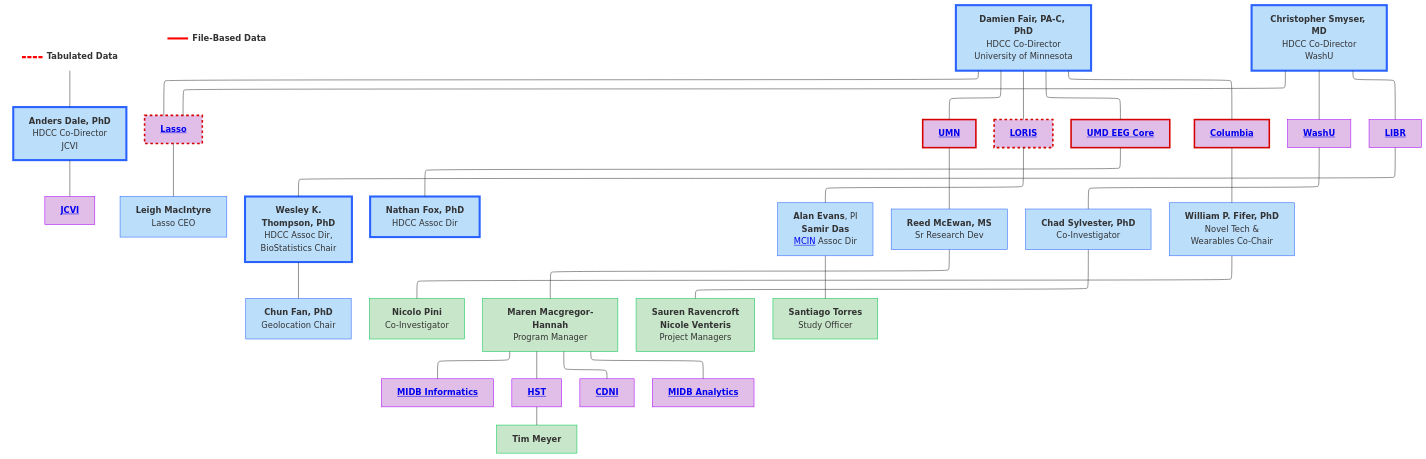
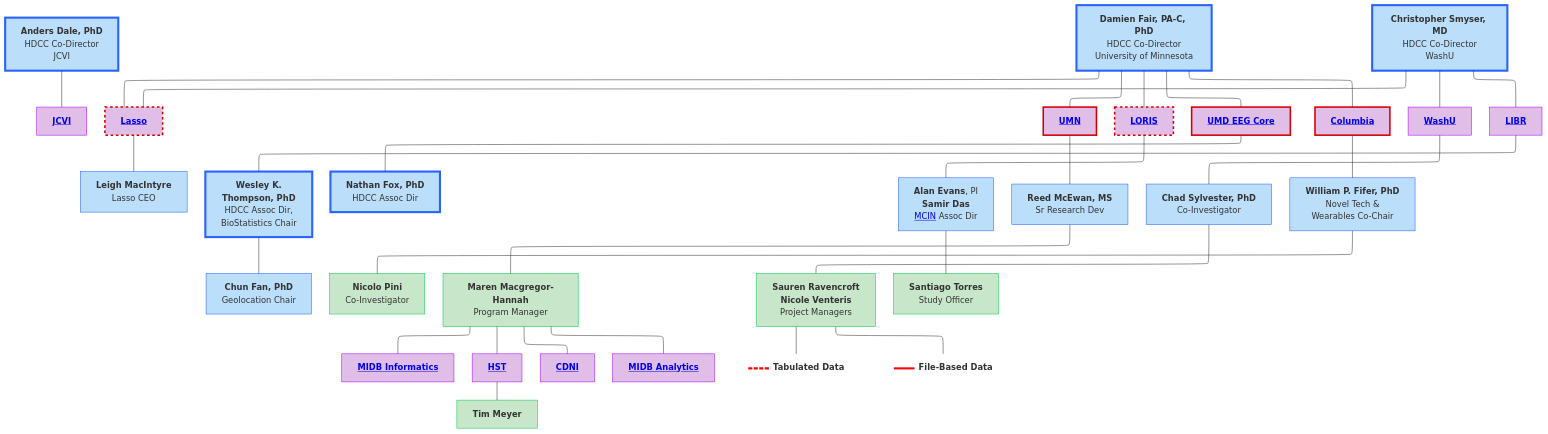
Before and after one commit to DCAN-Labs/hbcd-docs-internal: the second of 2 diagrams in docs/temp.md, drawn with Mermaid.

````diff
--- a/docs/temp.md
+++ b/docs/temp.md
@@ -74,72 +74,71 @@
 ```mermaid
 ---
 config:
   layout: elk
 ---
 flowchart TB
-    n36["<span style="display: inline-block; border-top: 4px dashed red; width: 40px; vertical-align: middle; margin-right: 8px;"></span><span><b>Tabulated Data</b></span>"]
-    n37["<span style="display: inline-block; border-top: 4px solid red; width: 40px; vertical-align: middle; margin-right: 8px;"></span><span><b>File-Based Data</b></span>"]
-    n36 --- n2["<b>Anders Dale, PhD<br></b>HDCC Co-Director<br>JCVI"] 
-    n2 --- jcvi["<a href="#j-craig-venter-institute" target="_top"><b>JCVI</b></a>"]
+    n2["<b>Anders Dale, PhD<br></b>HDCC Co-Director<br>JCVI"] --- jcvi["<a href="#j-craig-venter-institute" target="_top"><b>JCVI</b></a>"]
     E["<b>Damien Fair, PA-C, PhD</b><br>HDCC Co-Director<br>University of Minnesota"] --- lasso["<a href="#lasso" target="_top"><b>Lasso</b></a>"] & umn["<a href="#university-of-minnesota" target="_top"><b>UMN</b></a>"] & n7["<a href="#loris" target="_top"><b>LORIS</b></a>"] & n8["<a href="#university-of-maryland" target="_top"><b>UMD EEG Core</b></a>"] & n11["<a href="#columbia-university" target="_top"><b>Columbia</b></a>"]
     lasso --- lasso1["<b>Leigh MacIntyre</b><br>Lasso CEO"]
     n1["<b>Christopher Smyser, MD<br></b>HDCC Co-Director<br>WashU"] --- n10["<a href="#washu" target="_top"><b>WashU</b></a>"] & n12["<a href="#libr" target="_top"><b>LIBR</b></a>"] & lasso
     n16["<b>Wesley K.<br>Thompson, PhD</b><br>HDCC Assoc Dir,<br>BioStatistics Chair"] --- n17["<b>Chun Fan, PhD</b><br>Geolocation Chair"]
     n12 --- n16
     n8 --- n19["<b>Nathan Fox, PhD<br></b>HDCC Assoc Dir"]
     n7 --- n20["<b>Alan Evans</b>, PI<br><b>Samir Das</b><br><a href="https://mcin.ca/about-mcin/" target="_blank">MCIN</a> Assoc Dir"]
     umn --- reed["<b>Reed McEwan, MS</b><br>Sr Research Dev"]
     n10 --- n22["<b>Chad Sylvester, PhD</b><br>Co-Investigator"]
     n11 --- n18["<b>William P. Fifer, PhD</b><br>Novel Tech &<br>Wearables Co-Chair"]
     n18 --- n34["<b>Nicolo Pini</b><br>Co-Investigator"]
     reed --- n30["<b>Maren Macgregor-Hannah</b><br>Program Manager"]
     n30 --- n25["<a href="#midb-informatics-hub-msi" target="_top"><b>MIDB Informatics</b></a>"]
     n30 --- n27["<a href="#health-sciences-technology" target="_top"><b>HST</b></a>"]
     n30 --- n28["<a href="#center-for-developmental-neuroimaging" target="_top"><b>CDNI</b></a>"]
     n30 --- n29["<a href="#midb-analytics-hub" target="_top"><b>MIDB Analytics</b></a>"]
     n27 --- n31["<b>Tim Meyer</b>"]
     n22 --- n32["<b>Sauren Ravencroft<br>Nicole Venteris</b><br>Project Managers"]
+    n32 --- n36["<span style="display: inline-block; border-top: 4px dashed red; width: 40px; vertical-align: middle; margin-right: 8px;"></span><span><b>Tabulated Data</b></span>"]
+    n32 --- n37["<span style="display: inline-block; border-top: 4px solid red; width: 40px; vertical-align: middle; margin-right: 8px;"></span><span><b>File-Based Data</b></span>"]
     n20 --- n33["<b>Santiago Torres</b><br>Study Officer"]
     style n36 fill:#FFFFFF,stroke:#FFFFFF
     style n37 fill:#FFFFFF,stroke:#FFFFFF
     style n2 fill:#BBDEFB,stroke:#2962FF,stroke-width:4px
     style jcvi fill:#E1BEE7,stroke:#AA00FF
     style E fill:#BBDEFB,stroke:#2962FF,stroke-width:4px
     style lasso fill:#E1BEE7,stroke:#D50000,stroke-width:3px,stroke-dasharray: 5
     style umn fill:#E1BEE7,stroke:#D50000,stroke-width:3px,stroke-dasharray: 0
     style n7 fill:#E1BEE7,stroke:#D50000,stroke-width:3px,stroke-dasharray: 5
     style n8 fill:#E1BEE7,stroke:#D50000,stroke-width:3px,stroke-dasharray: 0
     style n11 fill:#E1BEE7,stroke:#D50000,stroke-width:3px,stroke-dasharray: 0
     style lasso1 fill:#BBDEFB,stroke:#2962FF
     style n1 fill:#BBDEFB,stroke:#2962FF,stroke-width:4px
     style n10 fill:#E1BEE7,stroke:#AA00FF
     style n12 fill:#E1BEE7,stroke:#AA00FF
     style n16 fill:#BBDEFB,stroke:#2962FF,stroke-width:4px
     style n17 fill:#BBDEFB,stroke:#2962FF
     style n19 fill:#BBDEFB,stroke:#2962FF,stroke-width:4px
     style n20 fill:#BBDEFB,stroke:#2962FF
     style reed fill:#BBDEFB,stroke:#2962FF
     style n22 fill:#BBDEFB,stroke:#2962FF
     style n18 fill:#BBDEFB,stroke:#2962FF
     style n25 fill:#E1BEE7,stroke:#AA00FF
     style n27 fill:#E1BEE7,stroke:#AA00FF
     style n28 fill:#E1BEE7,stroke:#AA00FF
     style n29 fill:#E1BEE7,stroke:#AA00FF
     style n30 fill:#C8E6C9,stroke:#00C853
     style n31 fill:#C8E6C9,stroke:#00C853
     style n32 fill:#C8E6C9,stroke:#00C853
     style n33 fill:#C8E6C9,stroke:#00C853
     style n34 fill:#C8E6C9,stroke:#00C853
     click jcvi "#j-craig-venter-institute"
     click lasso "#lasso"
     click umn "#university-of-minnesota"
     click n7 "#loris"
     click n8 "#university-of-maryland"
     click n10 "#washu"
     click n25 "#midb-informatics-hub-msi"
     click n29 "#midb-analytics-hub"
     click n27 "#health-sciences-technology"
     click n28 "#center-for-developmental-neuroimaging"
     click n12 "#libr"
     click n11 "#columbia-university"
 ```
````
